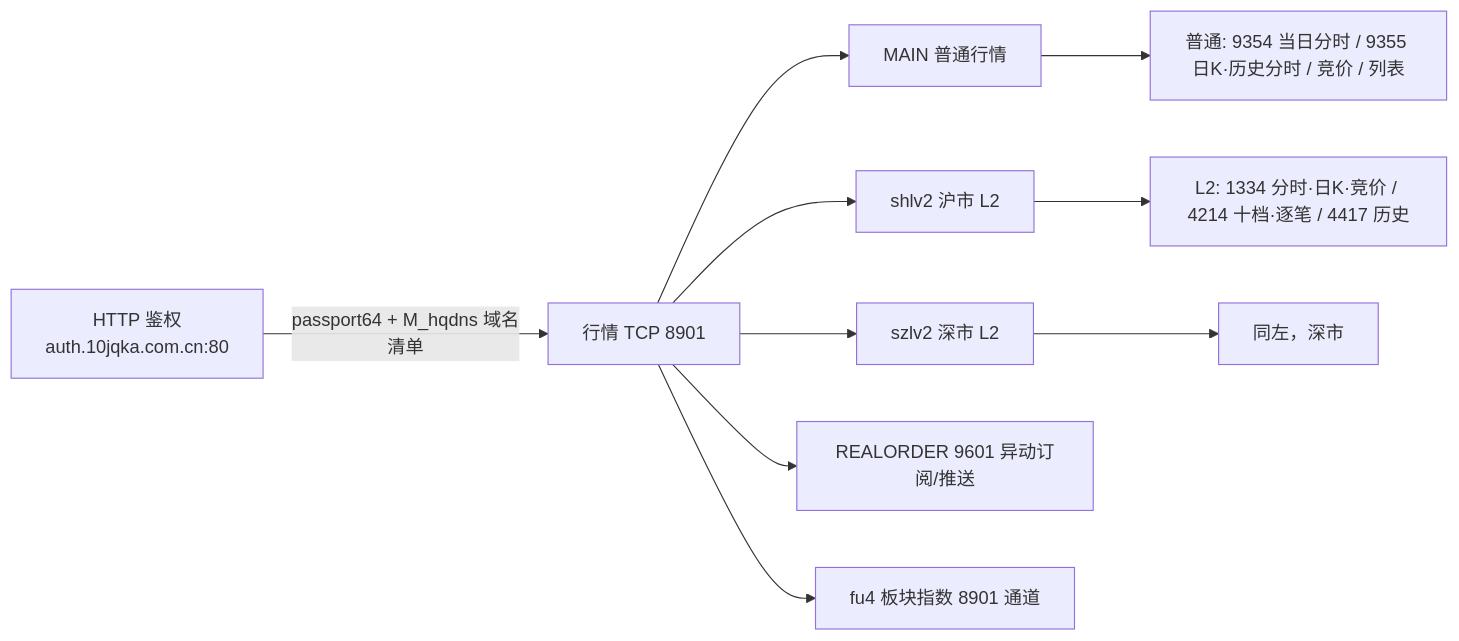
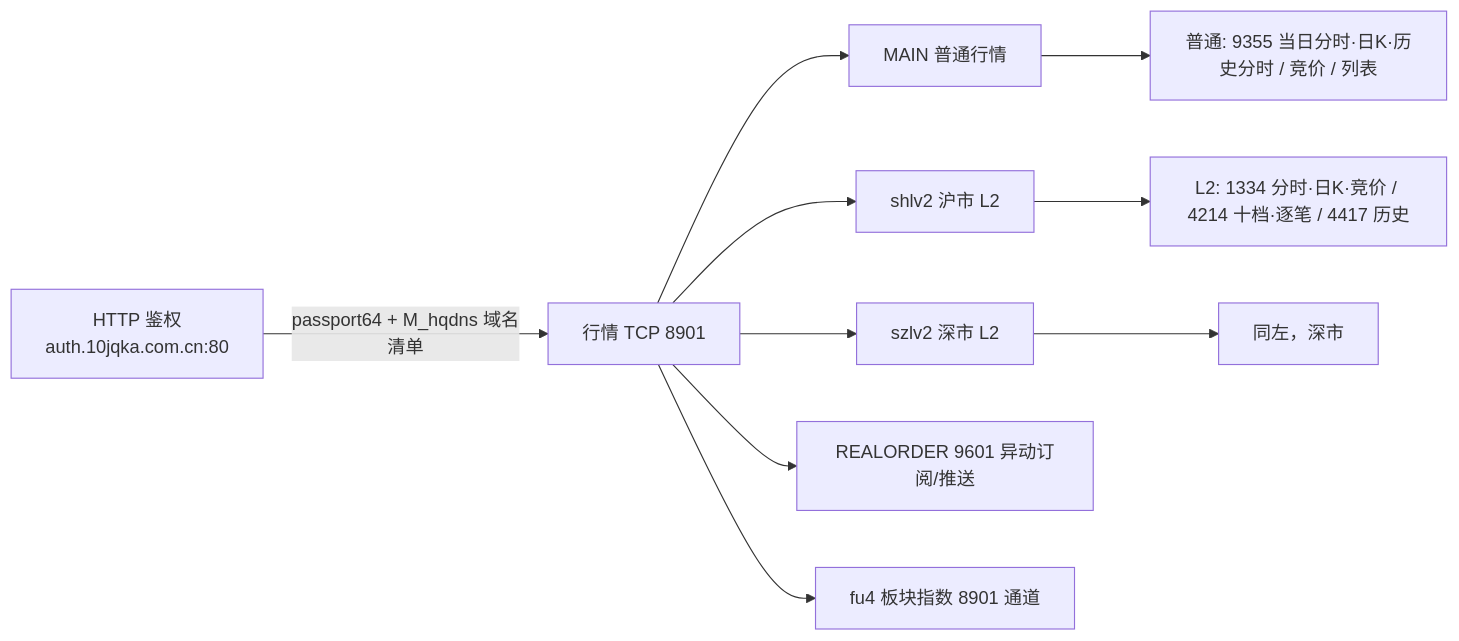
One commit to djj45/thspypc changed the diagram in docs/guides/PROTOCOL_AND_IMPLEMENTATION_GUIDE.md. Above: the diagram before and after it, drawn with Mermaid. The commit also changed other lines of this file and 12 other files, not shown here.

````diff
--- a/docs/guides/PROTOCOL_AND_IMPLEMENTATION_GUIDE.md
+++ b/docs/guides/PROTOCOL_AND_IMPLEMENTATION_GUIDE.md
@@ -16,12 +17,12 @@
 ```mermaid
 flowchart LR
     A[HTTP 鉴权<br/>auth.10jqka.com.cn:80] -->|passport64 + M_hqdns 域名清单| B[行情 TCP 8901]
     B --> B1[MAIN 普通行情]
     B --> B2[shlv2 沪市 L2]
     B --> B3[szlv2 深市 L2]
-    B1 --> C[普通: 9354 当日分时 / 9355 日K·历史分时 / 竞价 / 列表]
+    B1 --> C[普通: 9355 当日分时·日K·历史分时 / 竞价 / 列表]
     B2 --> D[L2: 1334 分时·日K·竞价 / 4214 十档·逐笔 / 4417 历史]
     B3 --> E[同左，深市]
     B --> B4[REALORDER 9601 异动订阅/推送]
     B --> B5[fu4 板块指数 8901 通道]
 ```
````
